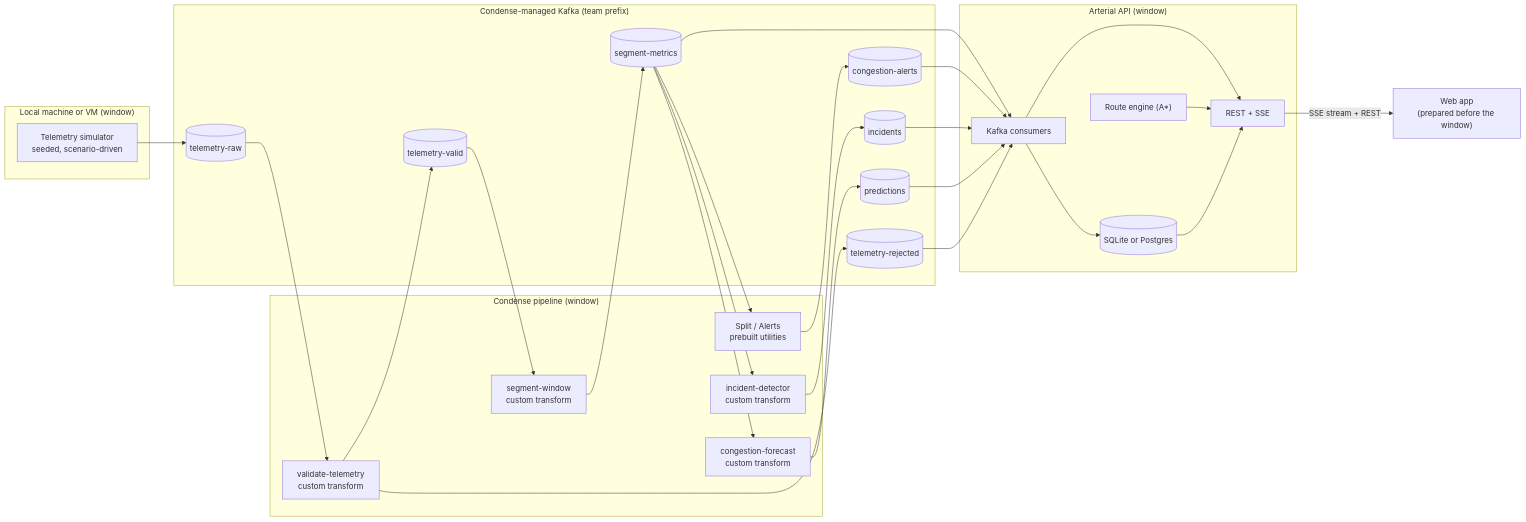
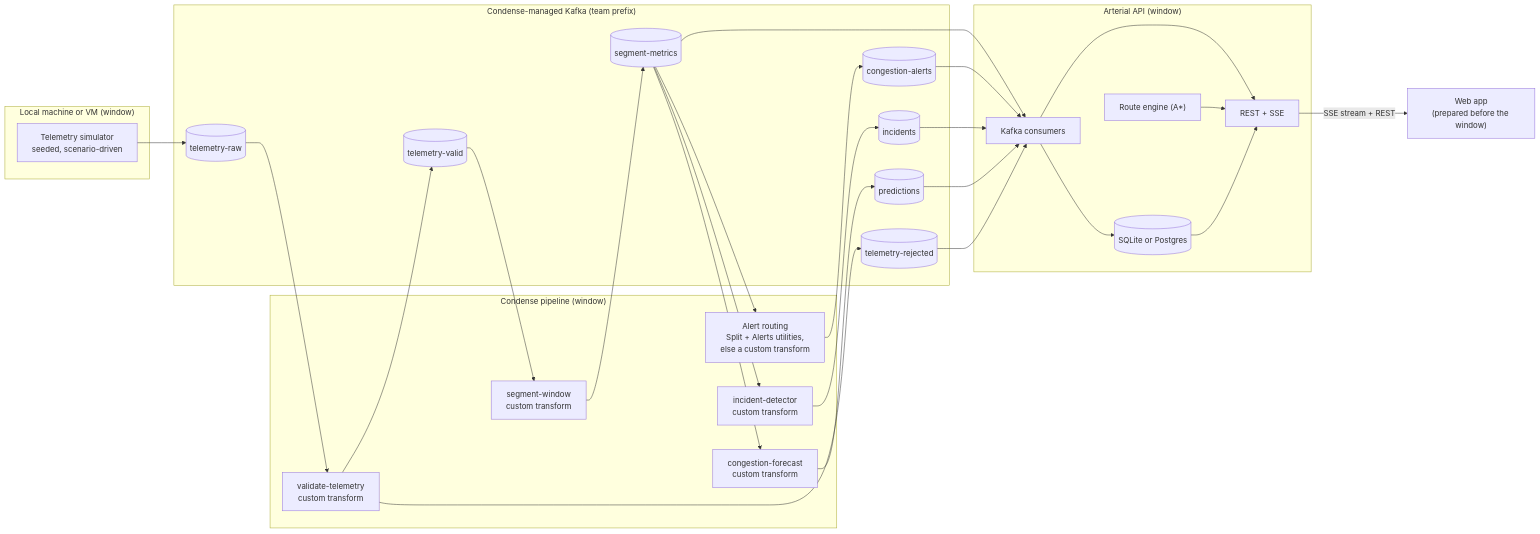
The diagram in docs/ARCHITECTURE.md (dhyey3333/arterial), drawn with Mermaid before and after one commit. The commit also changed other lines of this file and 74 other files, not shown here.

````diff
--- a/docs/ARCHITECTURE.md
+++ b/docs/ARCHITECTURE.md
@@ -28,42 +33,42 @@
 ```mermaid
 flowchart LR
   subgraph Local["Local machine or VM (window)"]
     SIM["Telemetry simulator<br/>seeded, scenario-driven"]
   end
   subgraph Kafka["Condense-managed Kafka (team prefix)"]
     RAW[("telemetry-raw")]
     VALID[("telemetry-valid")]
     REJ[("telemetry-rejected")]
     MET[("segment-metrics")]
     ALR[("congestion-alerts")]
     INC[("incidents")]
     PRED[("predictions")]
   end
   subgraph Condense["Condense pipeline (window)"]
     V["validate-telemetry<br/>custom transform"]
     W["segment-window<br/>custom transform"]
-    S["Split / Alerts<br/>prebuilt utilities"]
+    S["Alert routing<br/>Split + Alerts utilities,<br/>else a custom transform"]
     I["incident-detector<br/>custom transform"]
     F["congestion-forecast<br/>custom transform"]
   end
   subgraph App["Arterial API (window)"]
     C["Kafka consumers"]
     DB[("SQLite or Postgres")]
     R["Route engine (A*)"]
     API["REST + SSE"]
   end
   UI["Web app<br/>(prepared before the window)"]
 
   SIM --> RAW --> V
   V --> VALID
   V --> REJ
   VALID --> W --> MET
   MET --> S --> ALR
   MET --> I --> INC
   MET --> F --> PRED
   MET & ALR & INC & PRED & REJ --> C --> DB
   C --> API
   R --> API
   DB --> API
   API -- "SSE stream + REST" --> UI
 ```
````
